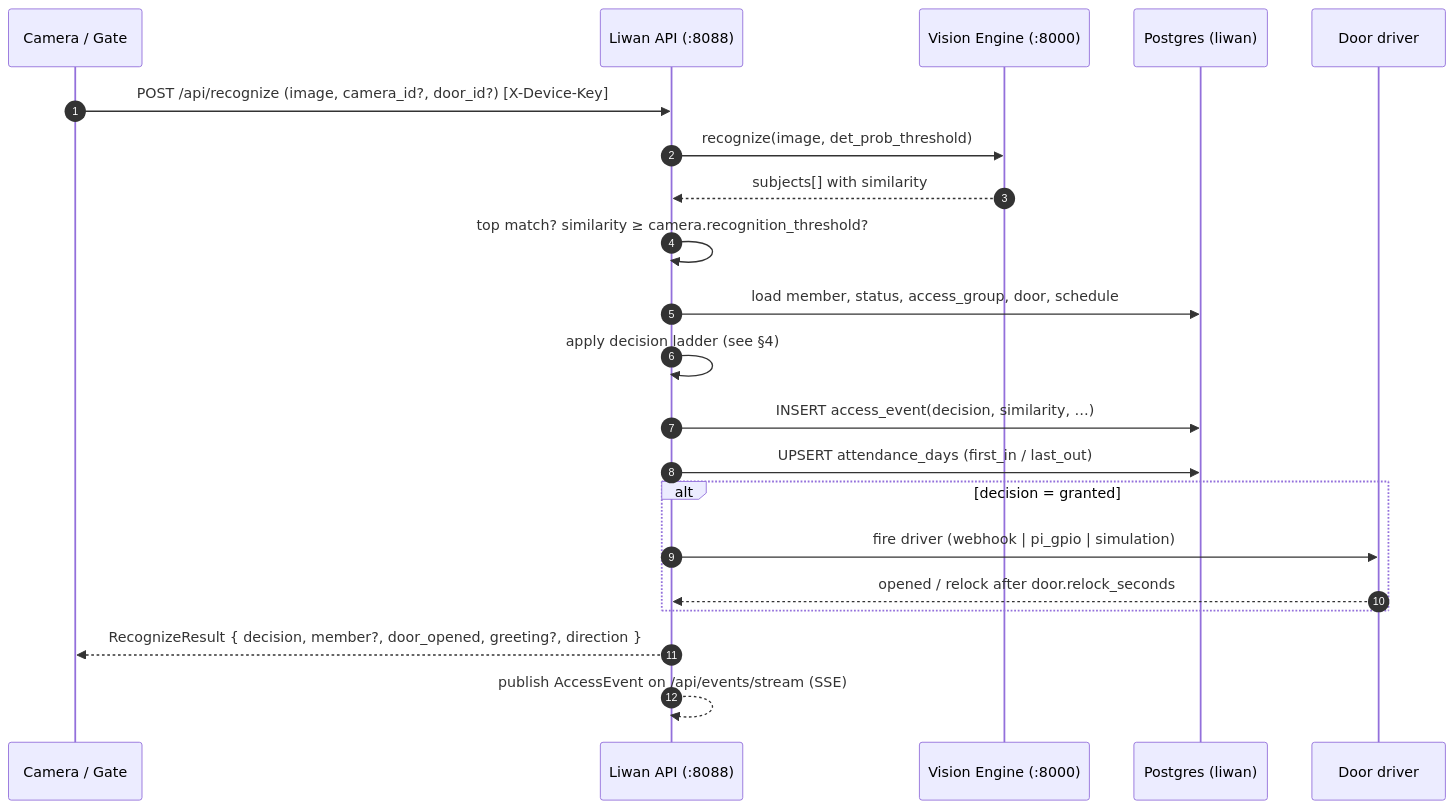
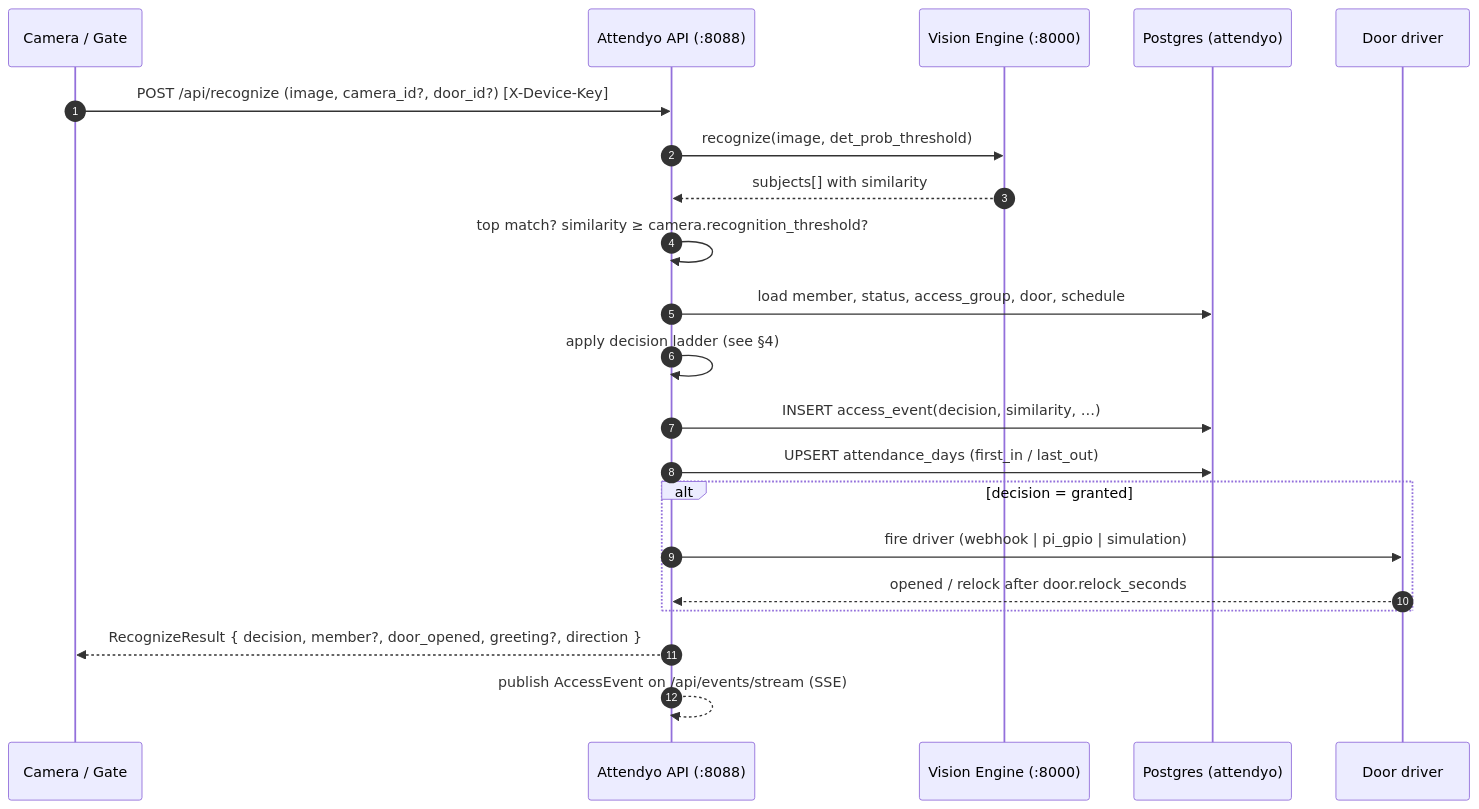
Before and after one commit to badrmellal/attendyo: the first of 2 diagrams in docs/ARCHITECTURE.md, drawn with Mermaid. The commit also changed other lines of this file and 103 other files, not shown here.

````diff
--- a/docs/ARCHITECTURE.md
+++ b/docs/ARCHITECTURE.md
@@ -39,24 +39,24 @@
 ```mermaid
 sequenceDiagram
     autonumber
     participant D as Camera / Gate
-    participant A as Liwan API (:8088)
+    participant A as Attendyo API (:8088)
     participant C as Vision Engine (:8000)
-    participant P as Postgres (liwan)
+    participant P as Postgres (attendyo)
     participant R as Door driver
 
     D->>A: POST /api/recognize (image, camera_id?, door_id?)  [X-Device-Key]
     A->>C: recognize(image, det_prob_threshold)
     C-->>A: subjects[] with similarity
     A->>A: top match? similarity ≥ camera.recognition_threshold?
     A->>P: load member, status, access_group, door, schedule
     A->>A: apply decision ladder (see §4)
     A->>P: INSERT access_event(decision, similarity, …)
     A->>P: UPSERT attendance_days (first_in / last_out)
     alt decision = granted
         A->>R: fire driver (webhook | pi_gpio | simulation)
         R-->>A: opened / relock after door.relock_seconds
     end
     A-->>D: RecognizeResult { decision, member?, door_opened, greeting?, direction }
     A-->>A: publish AccessEvent on /api/events/stream (SSE)
 ```
````
